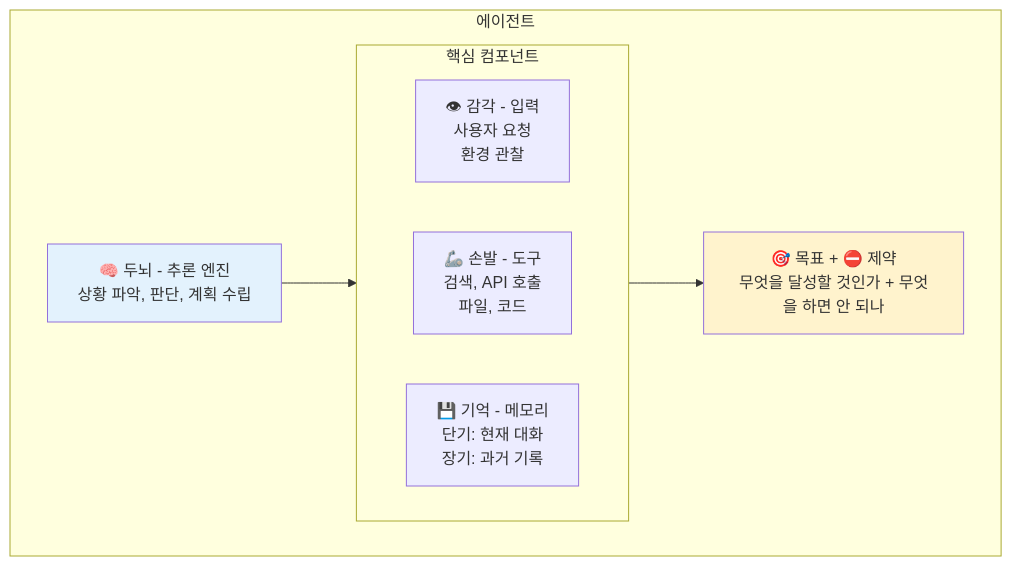
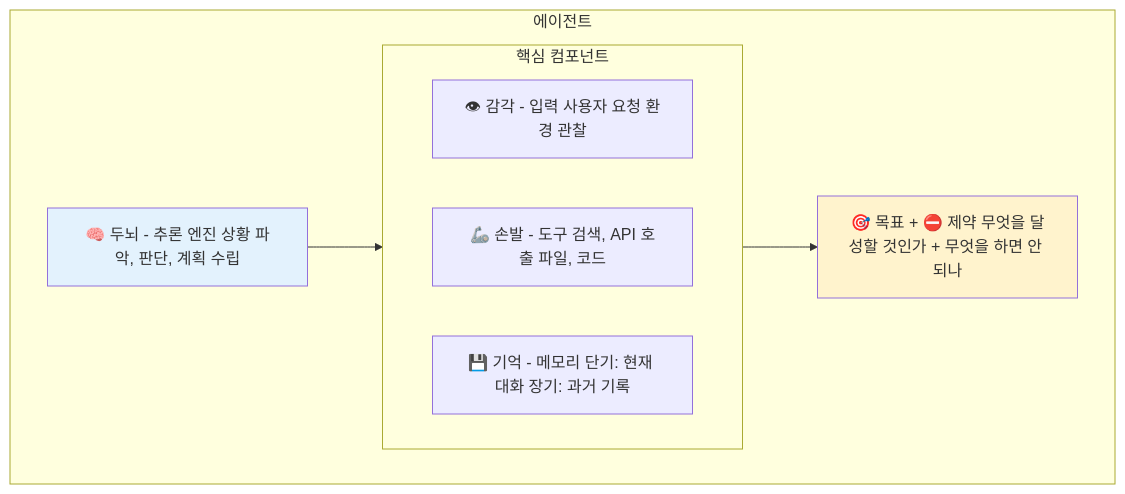
The diagram in 03-agent/33-component.md (Kanghyeop/pages-book-agent101), drawn with Mermaid before and after one commit. The commit also changed other lines of this file and 48 other files, not shown here.

First line of the commit message:
fix: Mermaid 렌더링 + SVG 경로 수정

````diff
--- a/03-agent/33-component.md
+++ b/03-agent/33-component.md
@@ -12,21 +12,21 @@
 ```mermaid
 flowchart TB
     subgraph Agent[에이전트]
-        Brain["🧠 두뇌 - 추론 엔진<br/>상황 파악, 판단, 계획 수립"]
+        Brain["🧠 두뇌 - 추론 엔진 상황 파악, 판단, 계획 수립"]
 
         subgraph Components[핵심 컴포넌트]
             direction LR
-            Sense["👁 감각 - 입력<br/>사용자 요청<br/>환경 관찰"]
-            Tools["🦾 손발 - 도구<br/>검색, API 호출<br/>파일, 코드"]
-            Memory["💾 기억 - 메모리<br/>단기: 현재 대화<br/>장기: 과거 기록"]
+            Sense["👁 감각 - 입력 사용자 요청 환경 관찰"]
+            Tools["🦾 손발 - 도구 검색, API 호출 파일, 코드"]
+            Memory["💾 기억 - 메모리 단기: 현재 대화 장기: 과거 기록"]
         end
 
-        Goal["🎯 목표 + ⛔ 제약<br/>무엇을 달성할 것인가 + 무엇을 하면 안 되나"]
+        Goal["🎯 목표 + ⛔ 제약 무엇을 달성할 것인가 + 무엇을 하면 안 되나"]
     end
 
     Brain --> Components
     Components --> Goal
 
     style Brain fill:#E3F2FD
     style Goal fill:#FFF3CD
 ```
````
